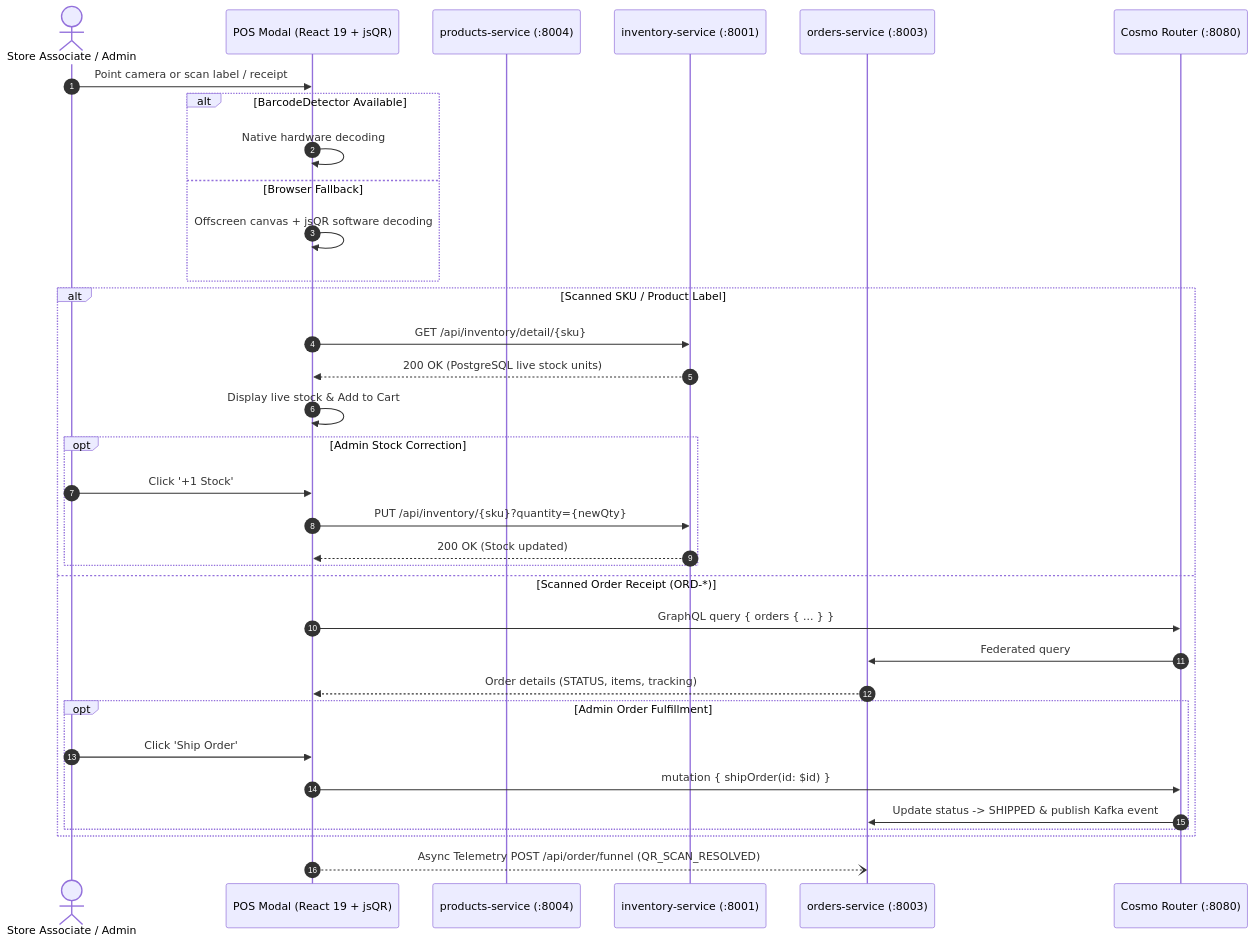
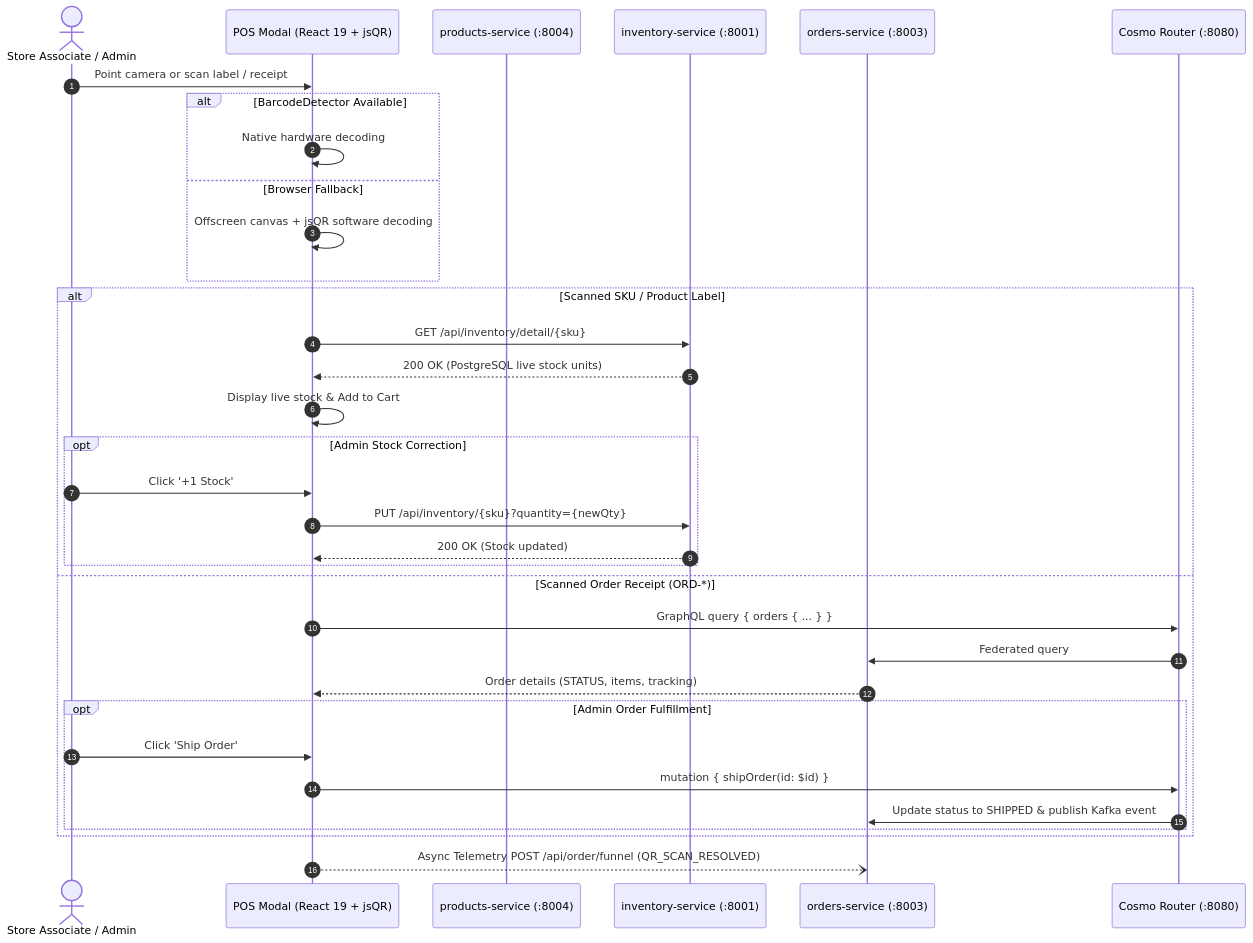
The second of 2 diagrams in docs/01-architecture/API_DESIGN_AND_CONTRACTS.md (GeorgeGxx/microservices-architecture), drawn with Mermaid before and after one commit. The commit also changed 6 other files, not shown here.

First line of the commit message:
docs: audit and fix Mermaid diagrams, relative links, and anchor slugs

````diff
--- a/docs/01-architecture/API_DESIGN_AND_CONTRACTS.md
+++ b/docs/01-architecture/API_DESIGN_AND_CONTRACTS.md
@@ -145,38 +145,38 @@
 ```mermaid
 sequenceDiagram
     autonumber
     actor Admin as Store Associate / Admin
     participant Scanner as POS Modal (React 19 + jsQR)
     participant Products as products-service (:8004)
     participant Inventory as inventory-service (:8001)
     participant Orders as orders-service (:8003)
     participant Router as Cosmo Router (:8080)
 
     Admin->>Scanner: Point camera or scan label / receipt
     alt BarcodeDetector Available
         Scanner->>Scanner: Native hardware decoding
     else Browser Fallback
         Scanner->>Scanner: Offscreen canvas + jsQR software decoding
     end
     
     alt Scanned SKU / Product Label
         Scanner->>Inventory: GET /api/inventory/detail/{sku}
         Inventory-->>Scanner: 200 OK (PostgreSQL live stock units)
         Scanner->>Scanner: Display live stock & Add to Cart
         opt Admin Stock Correction
             Admin->>Scanner: Click '+1 Stock'
             Scanner->>Inventory: PUT /api/inventory/{sku}?quantity={newQty}
             Inventory-->>Scanner: 200 OK (Stock updated)
         end
     else Scanned Order Receipt (ORD-*)
         Scanner->>Router: GraphQL query { orders { ... } }
         Router->>Orders: Federated query
         Orders-->>Scanner: Order details (STATUS, items, tracking)
         opt Admin Order Fulfillment
             Admin->>Scanner: Click 'Ship Order'
             Scanner->>Router: mutation { shipOrder(id: $id) }
-            Router->>Orders: Update status -> SHIPPED & publish Kafka event
+            Router->>Orders: Update status to SHIPPED & publish Kafka event
         end
     end
     Scanner--)Orders: Async Telemetry POST /api/order/funnel (QR_SCAN_RESOLVED)
 ```
````
